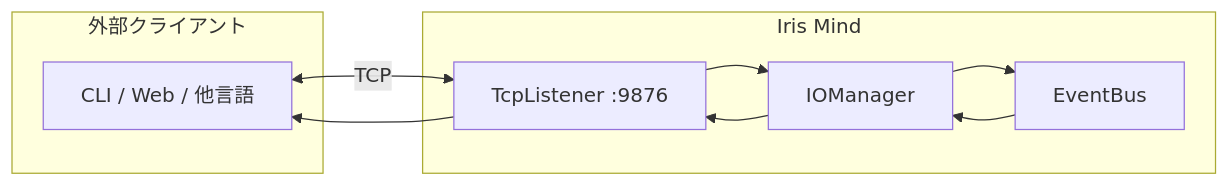
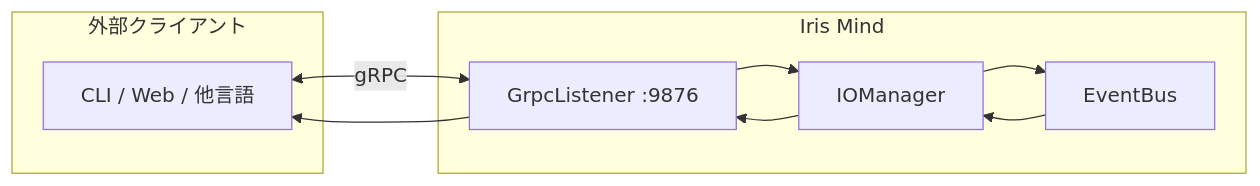
One commit to ibukani/iris-mind changed the second of 2 diagrams in README.md. Above: the diagram before and after it, drawn with Mermaid. The commit also changed other lines of this file and 31 other files, not shown here.

````diff
--- a/README.md
+++ b/README.md
@@ -80,15 +80,15 @@
 ```mermaid
 flowchart LR
     subgraph Ext["外部クライアント"]
         CLI["CLI / Web / 他言語"]
     end
     subgraph Iris["Iris Mind"]
-        TCP["TcpListener :9876"]
+        GRPC["GrpcListener :9876"]
         IO["IOManager"]
         EV["EventBus"]
     end
-    CLI <-->|TCP| TCP
-    TCP --> IO
+    CLI <-->|gRPC| GRPC
+    GRPC --> IO
     IO --> EV
-    EV --> IO --> TCP --> CLI
+    EV --> IO --> GRPC --> CLI
 ```
````
